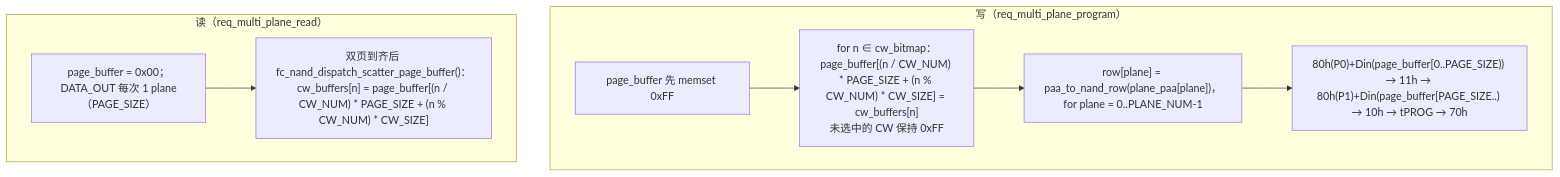
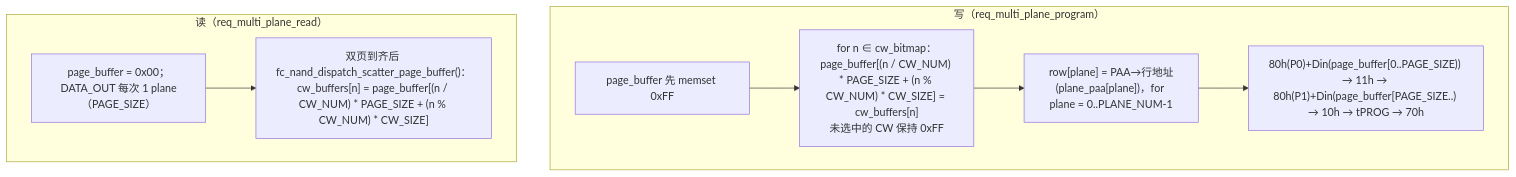
One commit to YzYMIAO/BASESSD changed the tenth of 18 diagrams in docs/design/fc_nand_design.md. Above: the diagram before and after it, drawn with Mermaid. The commit also changed other lines of this file and 49 other files, not shown here.

````diff
--- a/docs/design/fc_nand_design.md
+++ b/docs/design/fc_nand_design.md
@@ -1718,16 +1648,16 @@
 ```mermaid
 flowchart TB
     subgraph "写（req_multi_plane_program）"
         W0["page_buffer 先 memset 0xFF"]
         W1["for n ∈ cw_bitmap：page_buffer[(n / CW_NUM) * PAGE_SIZE + (n % CW_NUM) * CW_SIZE] = cw_buffers[n]<br/>未选中的 CW 保持 0xFF"]
-        W2["row[plane] = paa_to_nand_row(plane_paa[plane])，for plane = 0..PLANE_NUM-1"]
+        W2["row[plane] = PAA→行地址(plane_paa[plane])，for plane = 0..PLANE_NUM-1"]
         W3["80h(P0)+Din(page_buffer[0..PAGE_SIZE)) → 11h → 80h(P1)+Din(page_buffer[PAGE_SIZE..) → 10h → tPROG → 70h"]
         W0 --> W1 --> W2 --> W3
     end
 
     subgraph "读（req_multi_plane_read）"
         R0["page_buffer = 0x00；DATA_OUT 每次 1 plane（PAGE_SIZE）"]
         R1["双页到齐后 fc_nand_dispatch_scatter_page_buffer()：<br/>cw_buffers[n] = page_buffer[(n / CW_NUM) * PAGE_SIZE + (n % CW_NUM) * CW_SIZE]"]
         R0 --> R1
     end
 ```
````
